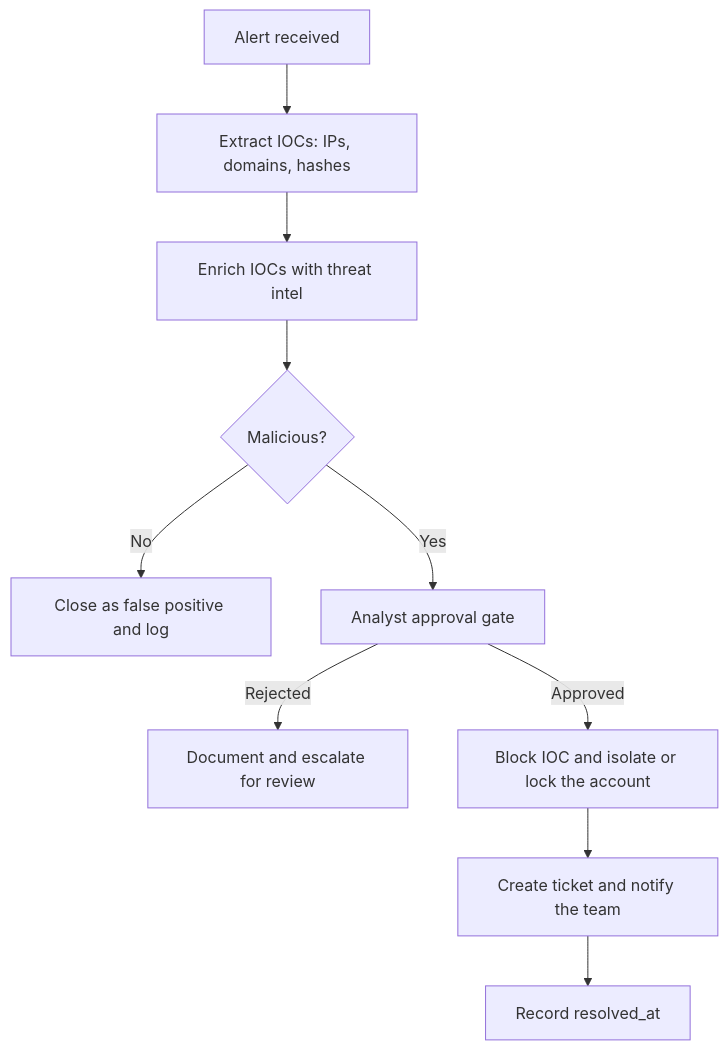
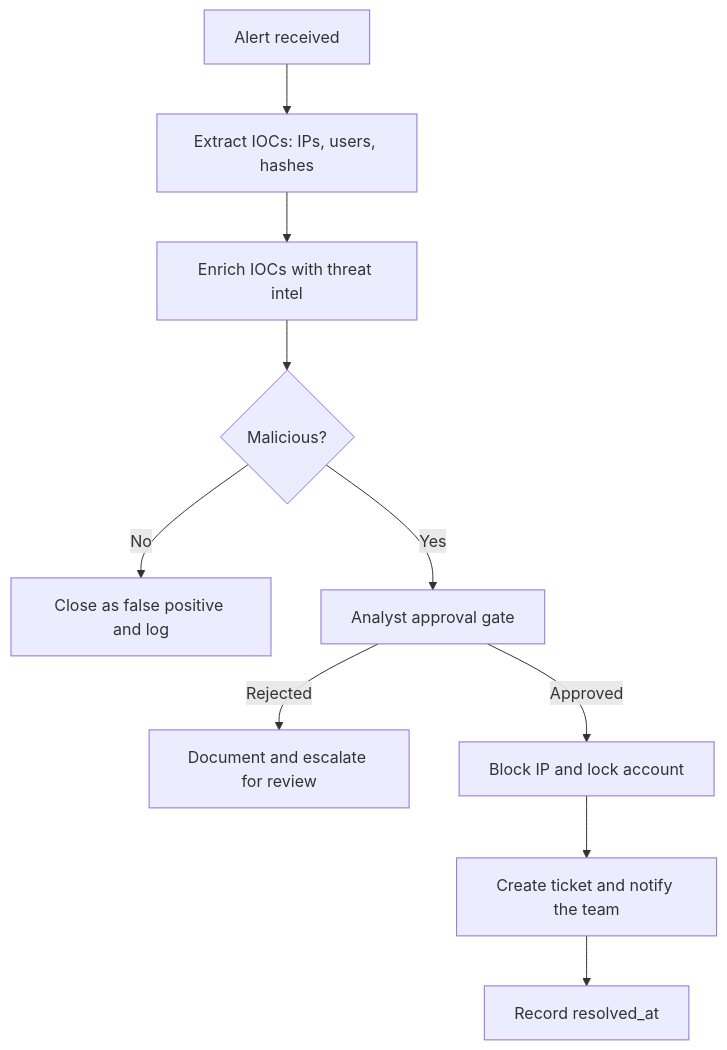
The fifth of 7 diagrams in README.md (SalehAyman55/Project-4), drawn with Mermaid before and after one commit. The commit also changed other lines of this file and 20 other files, not shown here.

First line of the commit message:
docs: restructure project, add README, diagrams and repo scaffolding

````diff
--- a/README.md
+++ b/README.md
@@ -309,12 +480,12 @@
 ```mermaid
 flowchart TD
-  A["Alert received"] --> B["Extract IOCs: IPs, domains, hashes"]
+  A["Alert received"] --> B["Extract IOCs: IPs, users, hashes"]
   B --> C["Enrich IOCs with threat intel"]
   C --> D{"Malicious?"}
   D -- No --> E["Close as false positive and log"]
   D -- Yes --> F["Analyst approval gate"]
   F -- Rejected --> G["Document and escalate for review"]
-  F -- Approved --> H["Block IOC and isolate or lock the account"]
+  F -- Approved --> H["Block IP and lock account"]
   H --> I["Create ticket and notify the team"]
   I --> J["Record resolved_at"]
 ```
````
